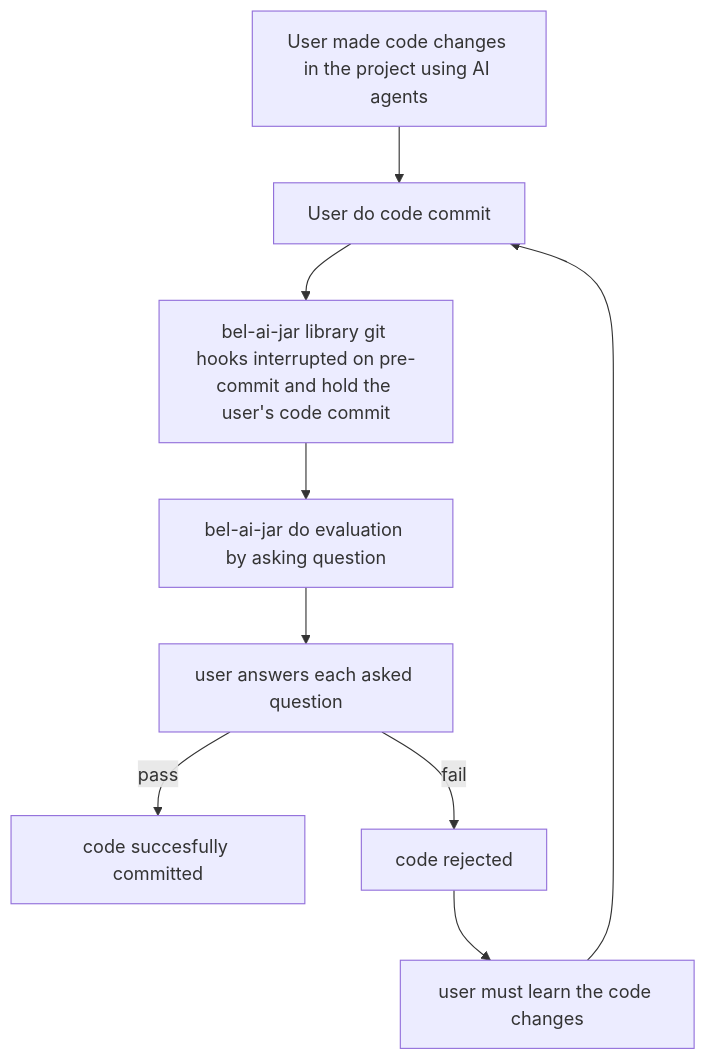
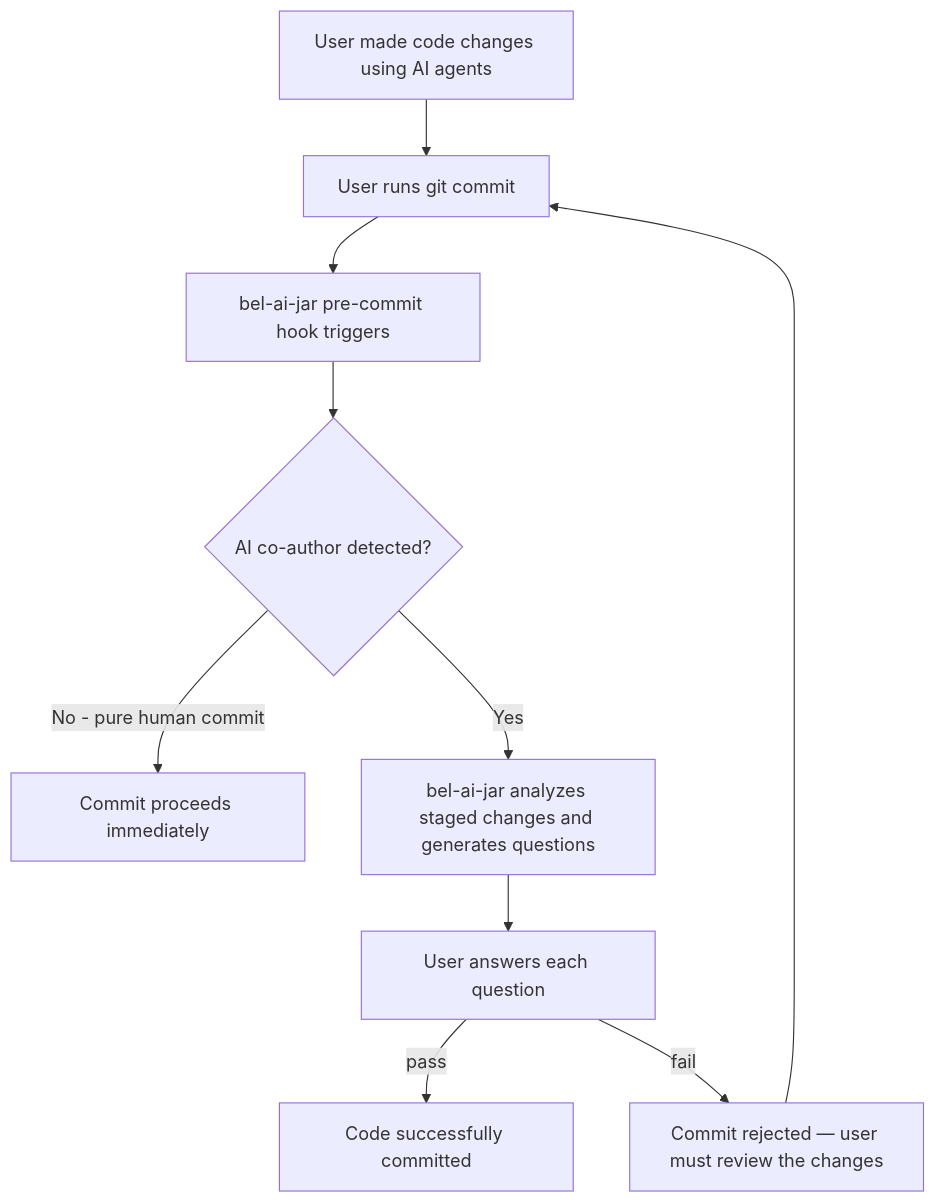
The second of 2 diagrams in README.md (ichwanhs96/bel-ai-jar), drawn with Mermaid before and after one commit. The commit also changed other lines of this file and 10 other files, not shown here.

````diff
--- a/README.md
+++ b/README.md
@@ -45,11 +45,12 @@
 ```mermaid
 flowchart TD
-    A1[User made code changes in the project using AI agents] --> A2[User do code commit]
-    A2 --> A3[bel-ai-jar library git hooks interrupted on pre-commit and hold the user's code commit]
-    A3 --> A4[bel-ai-jar do evaluation by asking question]
-    A4 --> A5[user answers each asked question]
-    A5 --> |pass| A6[code succesfully committed]
-    A5 --> |fail| A7[code rejected]
-    A7 --> A8[user must learn the code changes]
+    A1[User made code changes using AI agents] --> A2[User runs git commit]
+    A2 --> A3[bel-ai-jar pre-commit hook triggers]
+    A3 --> A4{AI co-author detected?}
+    A4 --> |No - pure human commit| A9[Commit proceeds immediately]
+    A4 --> |Yes| A5[bel-ai-jar analyzes staged changes and generates questions]
+    A5 --> A6[User answers each question]
+    A6 --> |pass| A7[Code successfully committed]
+    A6 --> |fail| A8[Commit rejected — user must review the changes]
     A8 --> A2
 ```
````
